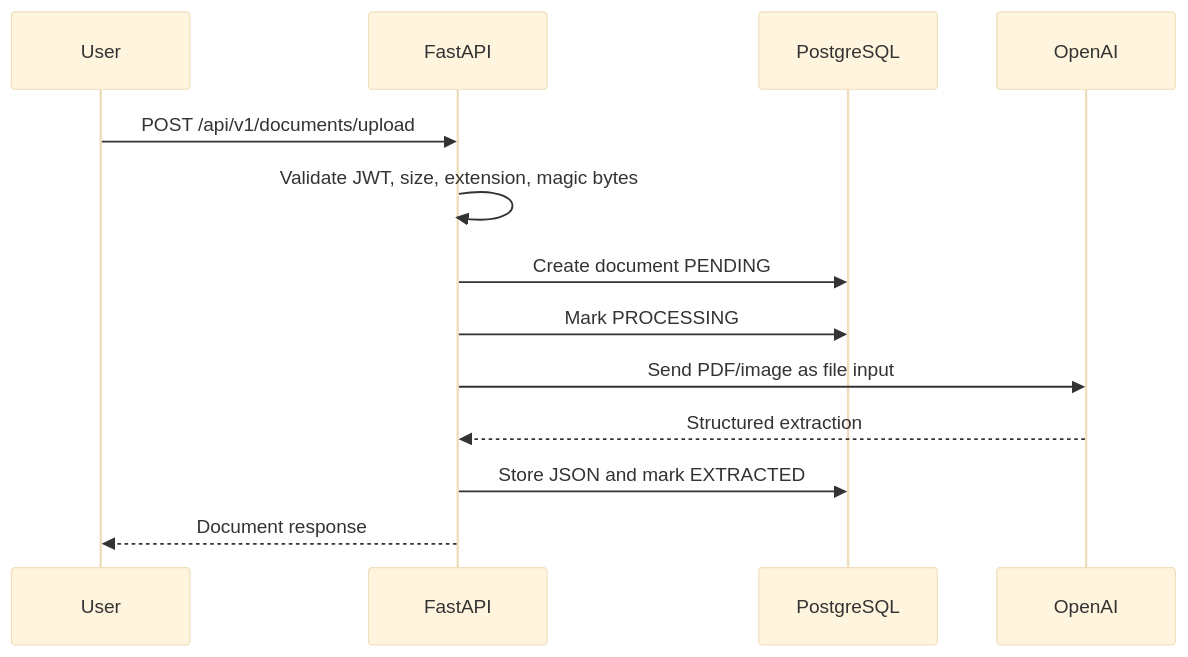
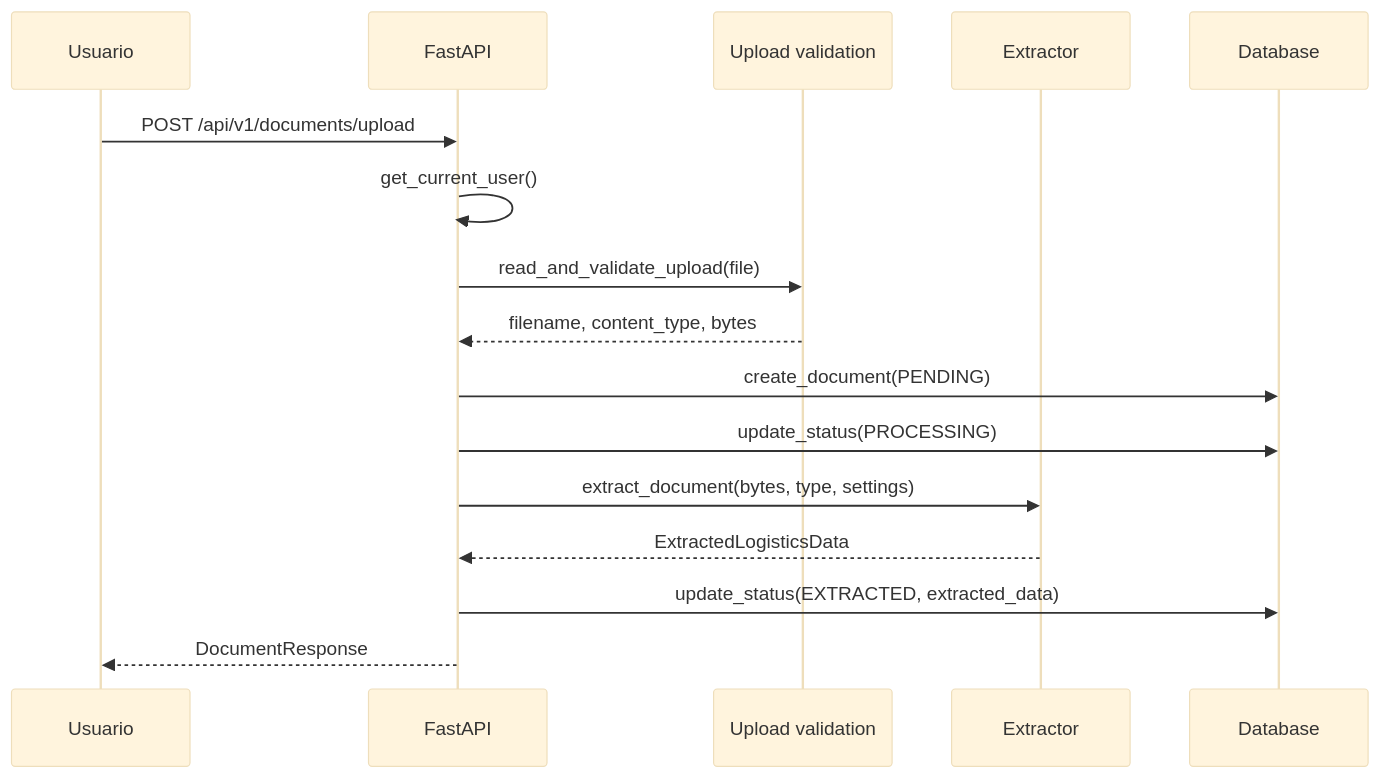
One commit to hxcCoder/LogisParse changed the second of 2 diagrams in logisparse/README.md. Above: the diagram before and after it, drawn with Mermaid (base theme). The commit also changed other lines of this file and 3 other files, not shown here.

Commit message:
docs: improve architecture documentation

````diff
--- a/logisparse/README.md
+++ b/logisparse/README.md
@@ -357,16 +43,19 @@
 ```mermaid
 sequenceDiagram
-  participant U as User
-  participant API as FastAPI
-  participant DB as PostgreSQL
-  participant AI as OpenAI
+    participant U as Usuario
+    participant API as FastAPI
+    participant V as Upload validation
+    participant X as Extractor
+    participant DB as Database
 
-  U->>API: POST /api/v1/documents/upload
-  API->>API: Validate JWT, size, extension, magic bytes
-  API->>DB: Create document PENDING
-  API->>DB: Mark PROCESSING
-  API->>AI: Send PDF/image as file input
-  AI-->>API: Structured extraction
-  API->>DB: Store JSON and mark EXTRACTED
-  API-->>U: Document response
+    U->>API: POST /api/v1/documents/upload
+    API->>API: get_current_user()
+    API->>V: read_and_validate_upload(file)
+    V-->>API: filename, content_type, bytes
+    API->>DB: create_document(PENDING)
+    API->>DB: update_status(PROCESSING)
+    API->>X: extract_document(bytes, type, settings)
+    X-->>API: ExtractedLogisticsData
+    API->>DB: update_status(EXTRACTED, extracted_data)
+    API-->>U: DocumentResponse
 ```
````
